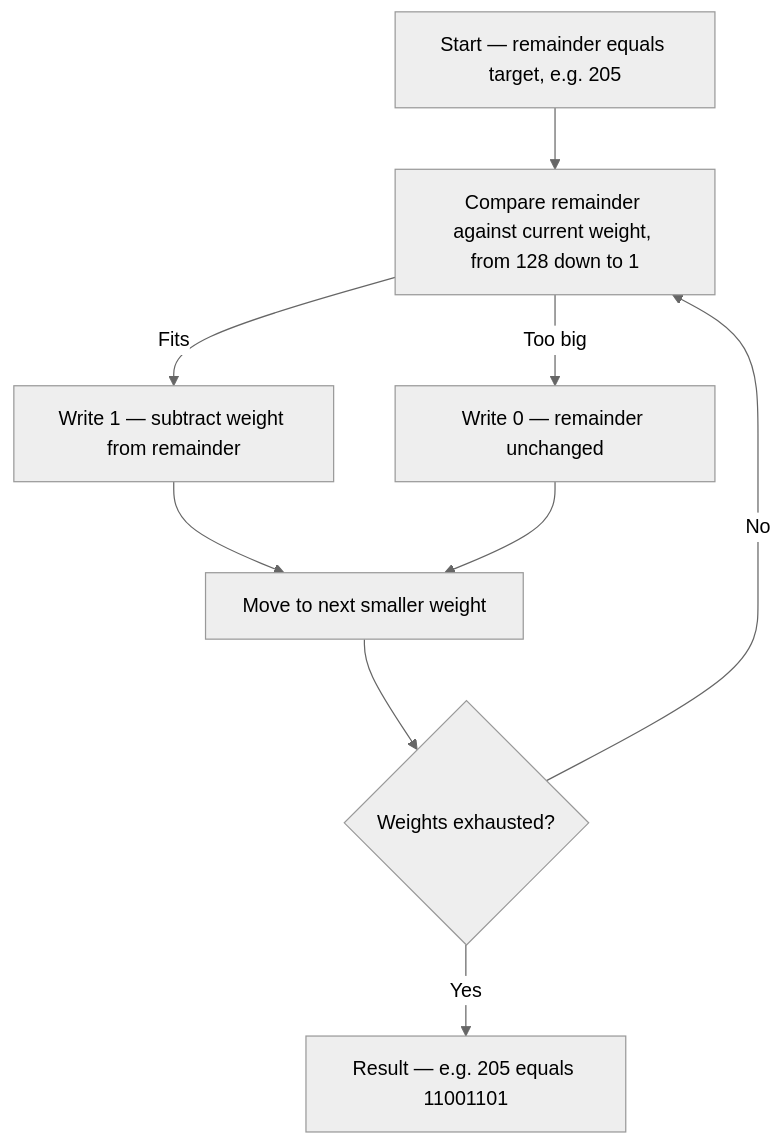
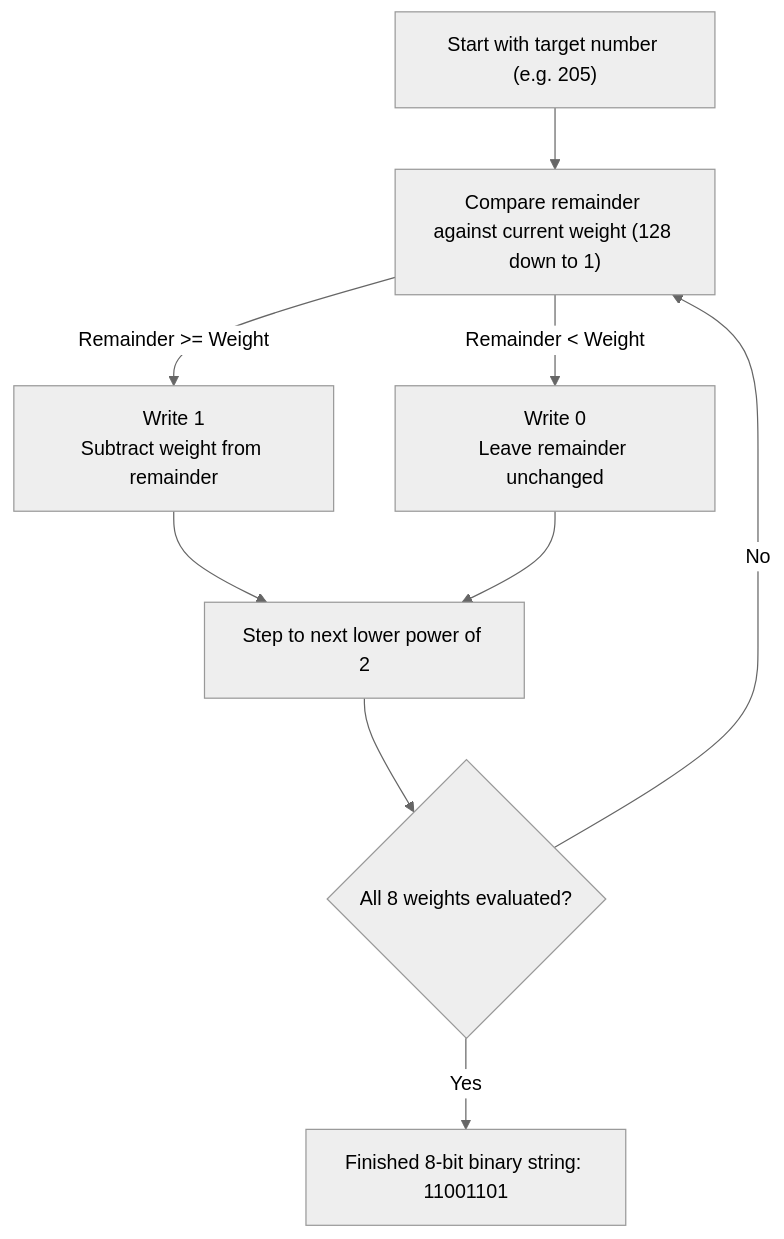
Before and after one commit to 1345AbhishekKumar/cs-cookbook: the second of 3 diagrams in content/docs/computer-basics/it-support/05-binary-counting-and-conversion.mdx, drawn with Mermaid (neutral theme). The commit also changed other lines of this file and 299 other files, not shown here.

````diff
--- a/content/docs/computer-basics/it-support/05-binary-counting-and-conversion.mdx
+++ b/content/docs/computer-basics/it-support/05-binary-counting-and-conversion.mdx
@@ -69,11 +115,11 @@
 ```mermaid
 flowchart TD
-    ST["Start — remainder equals target, e.g. 205"] --> Cmp["Compare remainder against current weight, from 128 down to 1"]
-    Cmp -->|Fits| One["Write 1 — subtract weight from remainder"]
-    Cmp -->|Too big| Zero["Write 0 — remainder unchanged"]
-    One --> Next["Move to next smaller weight"]
+    ST["Start with target number (e.g. 205)"] --> Cmp["Compare remainder against current weight (128 down to 1)"]
+    Cmp -->|"Remainder >= Weight"| One["Write 1<br/>Subtract weight from remainder"]
+    Cmp -->|"Remainder < Weight"| Zero["Write 0<br/>Leave remainder unchanged"]
+    One --> Next["Step to next lower power of 2"]
     Zero --> Next
-    Next --> Done{"Weights exhausted?"}
-    Done -->|No| Cmp
-    Done -->|Yes| Res["Result — e.g. 205 equals 11001101"]
+    Next --> Done{"All 8 weights evaluated?"}
+    Done -->|"No"| Cmp
+    Done -->|"Yes"| Res["Finished 8-bit binary string: 11001101"]
 ```
````
